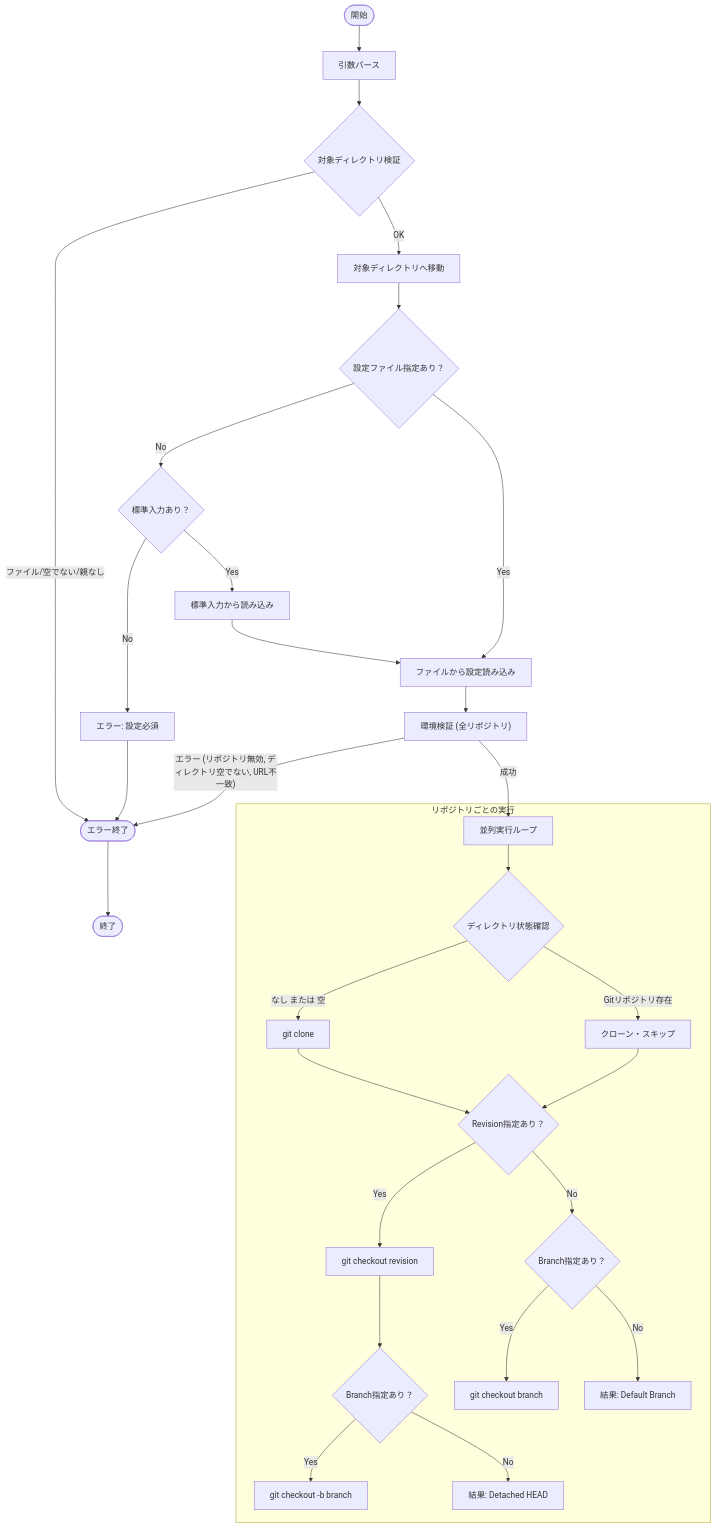
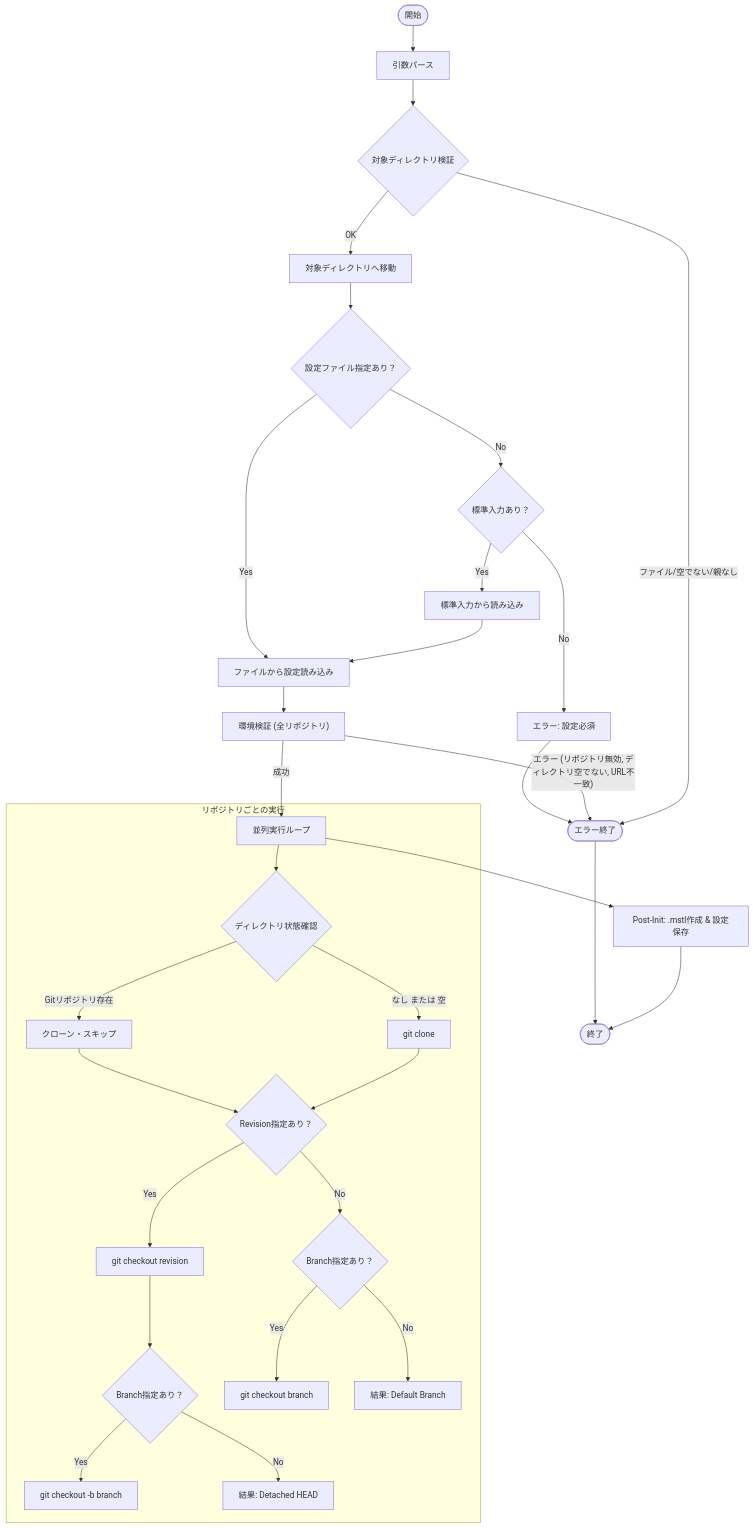
One commit to keiji/mistletoe changed the diagram in docs/internal/app/init.md. Above: the diagram before and after it, drawn with Mermaid. The commit also changed other lines of this file and 17 other files, not shown here.

````diff
--- a/docs/internal/app/init.md
+++ b/docs/internal/app/init.md
@@ -70,43 +70,46 @@
 ```mermaid
 flowchart TD
     Start(["開始"]) --> ParseArgs["引数パース"]
     ParseArgs --> CheckDest{"対象ディレクトリ検証"}
 
     CheckDest -- "ファイル/空でない/親なし" --> ErrorExit(["エラー終了"])
     CheckDest -- "OK" --> ChangeDir["対象ディレクトリへ移動"]
 
     ChangeDir --> CheckFile{"設定ファイル指定あり？"}
     CheckFile -- No --> CheckStdin{"標準入力あり？"}
     CheckStdin -- No --> ErrorFile["エラー: 設定必須"]
     CheckStdin -- Yes --> ReadStdin["標準入力から読み込み"]
     ReadStdin --> LoadConfig
     CheckFile -- Yes --> LoadConfig["ファイルから設定読み込み"]
     LoadConfig --> ValidateEnv["環境検証 (全リポジトリ)"]
 
     ValidateEnv -- "エラー (リポジトリ無効, ディレクトリ空でない, URL不一致)" --> ErrorExit
     ValidateEnv -- "成功" --> ExecLoop["並列実行ループ"]
 
     subgraph "リポジトリごとの実行"
         ExecLoop --> CheckState{"ディレクトリ状態確認"}
 
         CheckState -- "なし または 空" --> Clone["git clone"]
         CheckState -- "Gitリポジトリ存在" --> SkipClone["クローン・スキップ"]
 
         Clone --> CheckRev{"Revision指定あり？"}
         SkipClone --> CheckRev
 
         CheckRev -- Yes --> CheckoutRev["git checkout revision"]
         CheckoutRev --> CheckBranchWithRev{"Branch指定あり？"}
 
         CheckBranchWithRev -- Yes --> CreateBranch["git checkout -b branch"]
         CheckBranchWithRev -- No --> Detached["結果: Detached HEAD"]
 
         CheckRev -- No --> CheckBranchOnly{"Branch指定あり？"}
 
         CheckBranchOnly -- Yes --> CheckoutBranch["git checkout branch"]
         CheckBranchOnly -- No --> DefaultBranch["結果: Default Branch"]
     end
 
+    ExecLoop --> CreateMstlDir["Post-Init: .mstl作成 & 設定保存"]
+    CreateMstlDir --> Stop(["終了"])
+
     ErrorFile --> ErrorExit
-    ErrorExit --> Stop(["終了"])
+    ErrorExit --> Stop
 ```
````
